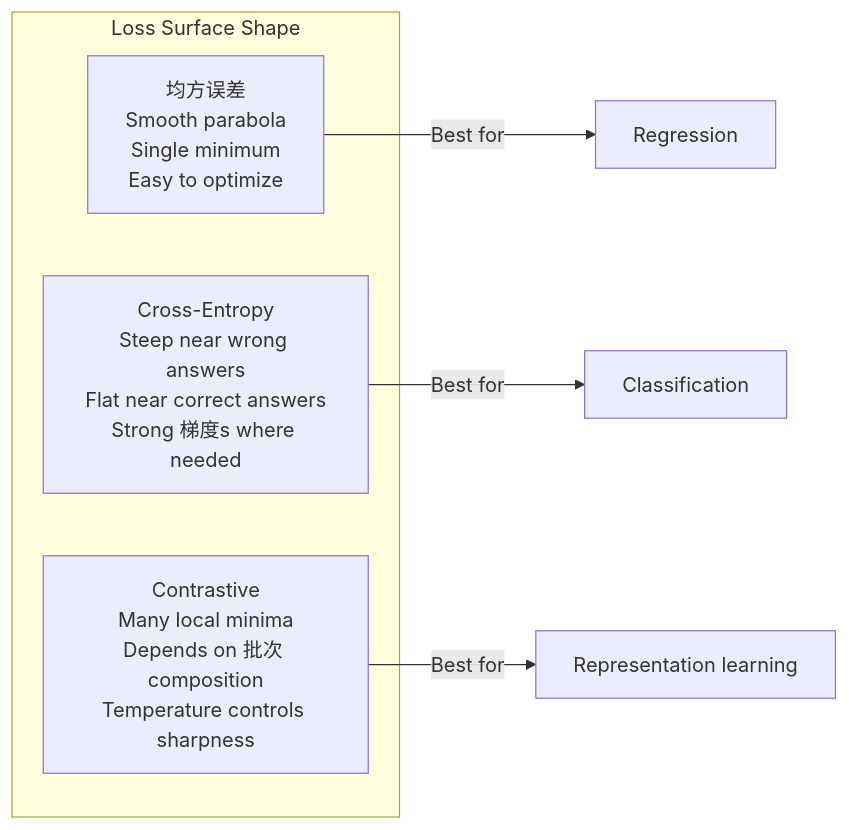
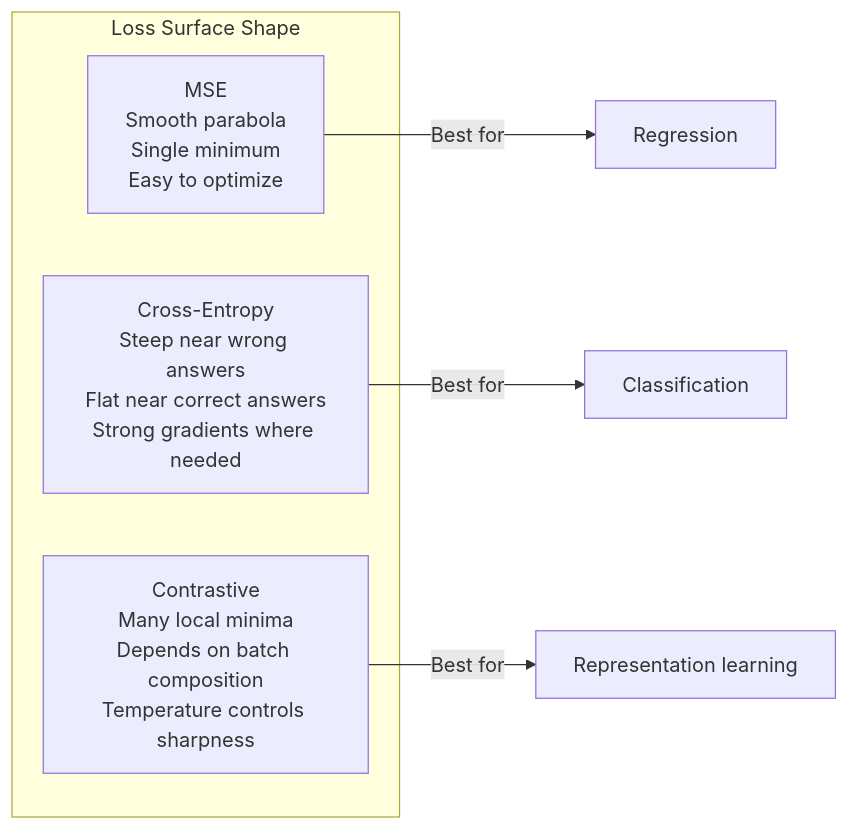
One commit to arwei944/ai-engineering-from-scratch changed the third of 3 diagrams in phases/03-deep-learning-core/05-loss-functions/docs/zh.md. Above: the diagram before and after it, drawn with Mermaid. The commit also changed other lines of this file and 65 other files, not shown here.

````diff
--- a/phases/03-deep-learning-core/05-loss-functions/docs/zh.md
+++ b/phases/03-deep-learning-core/05-loss-functions/docs/zh.md
@@ -178,11 +178,11 @@
 ```mermaid
 graph LR
     subgraph "Loss Surface Shape"
-        均方误差_S["均方误差<br/>Smooth parabola<br/>Single minimum<br/>Easy to optimize"]
-        CE_S["Cross-Entropy<br/>Steep near wrong answers<br/>Flat near correct answers<br/>Strong 梯度s where needed"]
-        CL_S["Contrastive<br/>Many local minima<br/>Depends on 批次 composition<br/>Temperature controls sharpness"]
+        MSE_S["MSE<br/>Smooth parabola<br/>Single minimum<br/>Easy to optimize"]
+        CE_S["Cross-Entropy<br/>Steep near wrong answers<br/>Flat near correct answers<br/>Strong gradients where needed"]
+        CL_S["Contrastive<br/>Many local minima<br/>Depends on batch composition<br/>Temperature controls sharpness"]
     end
-    均方误差_S -->|"Best for"| Reg2["Regression"]
+    MSE_S -->|"Best for"| Reg2["Regression"]
     CE_S -->|"Best for"| Cls2["Classification"]
     CL_S -->|"Best for"| Emb2["Representation learning"]
 ```
````
